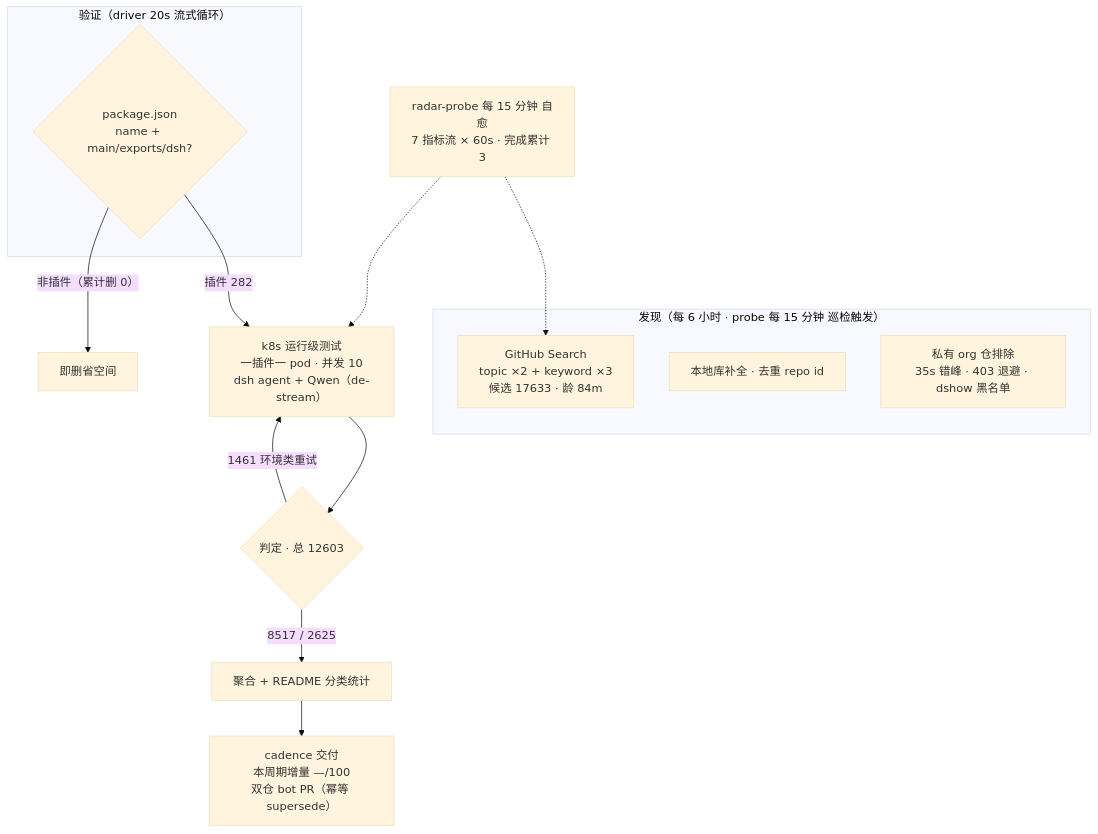
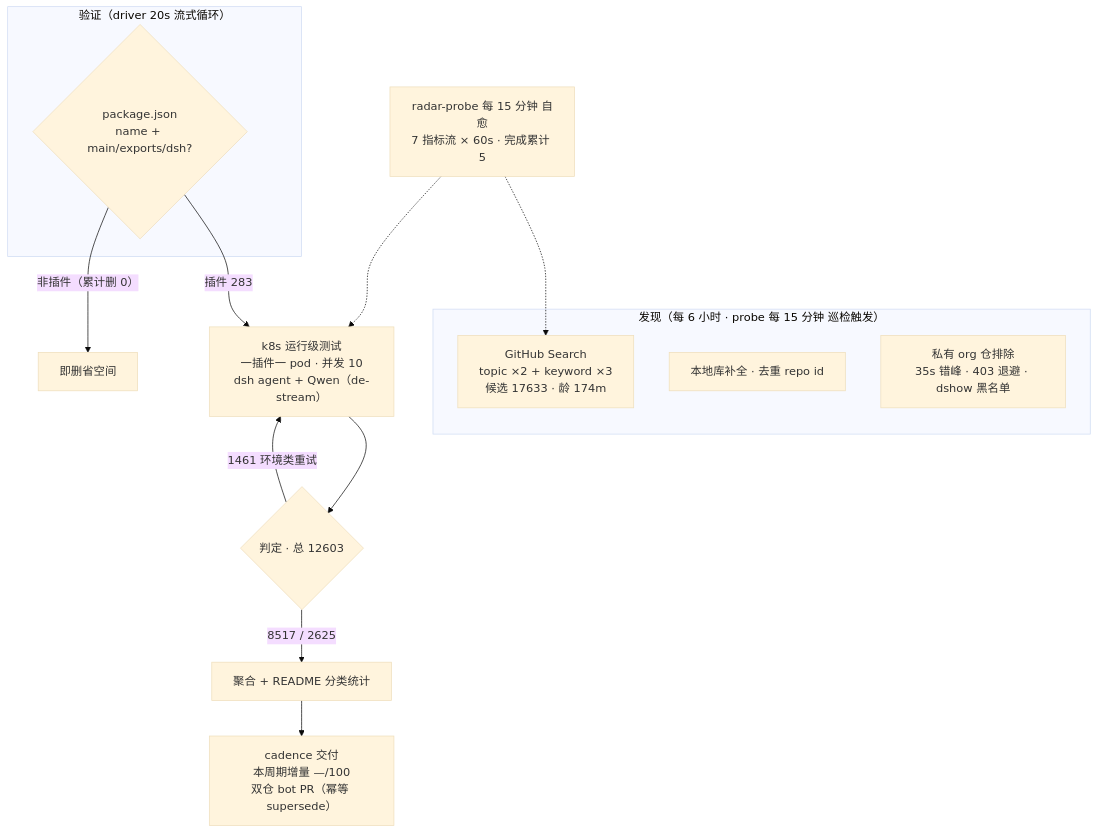
One commit to AdamPlatin123/awesome-dsh-plugins changed the diagram in README.md. Above: the diagram before and after it, drawn with Mermaid (base theme). The commit also changed other lines of this file and 5 other files, not shown here.

````diff
--- a/README.md
+++ b/README.md
@@ -52,20 +52,20 @@
 ```mermaid
 flowchart TB
     subgraph Discovery["发现（每 6 小时 · probe 每 15 分钟 巡检触发）"]
-        A1["GitHub Search<br/>topic ×2 + keyword ×3<br/>候选 17633 · 龄 84m"]
+        A1["GitHub Search<br/>topic ×2 + keyword ×3<br/>候选 17633 · 龄 174m"]
         A2["本地库补全 · 去重 repo id"]
         A3["私有 org 仓排除<br/>35s 错峰 · 403 退避 · dshow 黑名单"]
     end
     subgraph Validation["验证（driver 20s 流式循环）"]
         B1{"package.json<br/>name + main/exports/dsh?"}
     end
-    B1 -->|"插件 282"| C1["k8s 运行级测试<br/>一插件一 pod · 并发 10<br/>dsh agent + Qwen（de-stream）"]
+    B1 -->|"插件 283"| C1["k8s 运行级测试<br/>一插件一 pod · 并发 10<br/>dsh agent + Qwen（de-stream）"]
     B1 -->|"非插件（累计删 0）"| B3["即删省空间"]
     C1 --> D1{"判定 · 总 12603"}
     D1 -->|"8517 / 2625"| E1["聚合 + README 分类统计"]
     D1 -->|"1461 环境类重试"| C1
     E1 --> E2["cadence 交付<br/>本周期增量 —/100<br/>双仓 bot PR（幂等 supersede）"]
-    M["radar-probe 每 15 分钟 自愈<br/>7 指标流 × 60s · 完成累计 3"]
+    M["radar-probe 每 15 分钟 自愈<br/>7 指标流 × 60s · 完成累计 5"]
     M -.-> A1
     M -.-> C1
 ```
````
